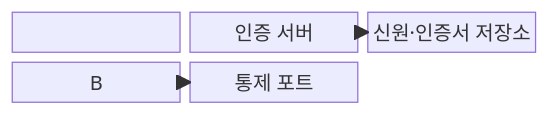
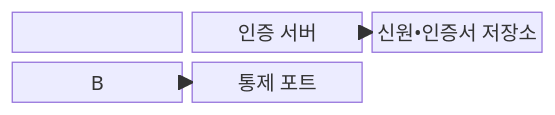
The first of 2 diagrams in src/content/docs/notes/04-network/115_802_1x_eap_authentication.md (agnusdei1207/knowledge-base), drawn with Mermaid before and after one commit. The commit also changed other lines of this file and 953 other files, not shown here.

````diff
--- a/src/content/docs/notes/04-network/115_802_1x_eap_authentication.md
+++ b/src/content/docs/notes/04-network/115_802_1x_eap_authentication.md
@@ -69,7 +69,7 @@
 ```mermaid
 block
   columns 3
   A["인증 요청자"] --> B["인증 중계자"] --> C["인증 서버"]
-  D["신원·인증서 저장소"] --> C
+  D["신원•인증서 저장소"] --> C
   B --> E["통제 포트"]
 ```
````
